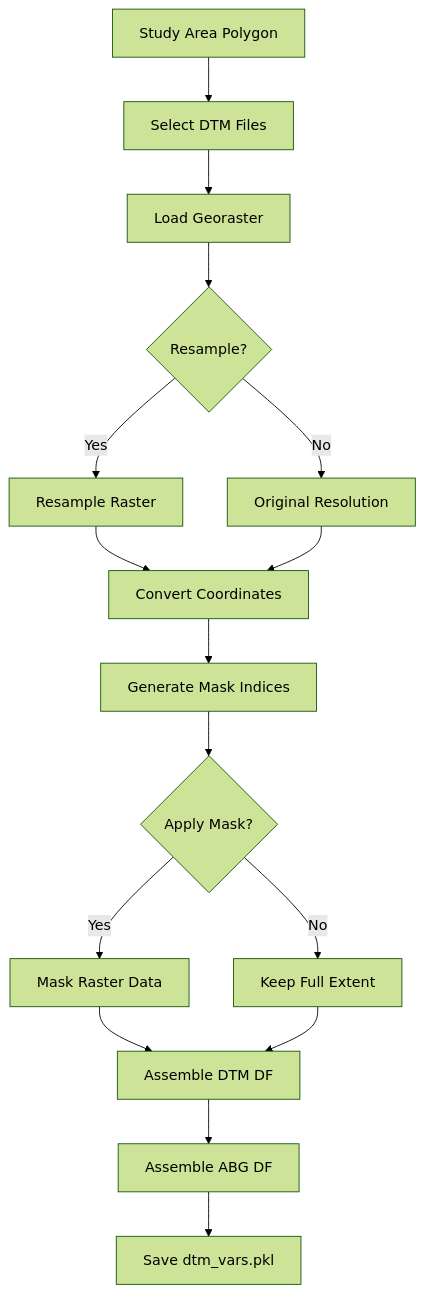
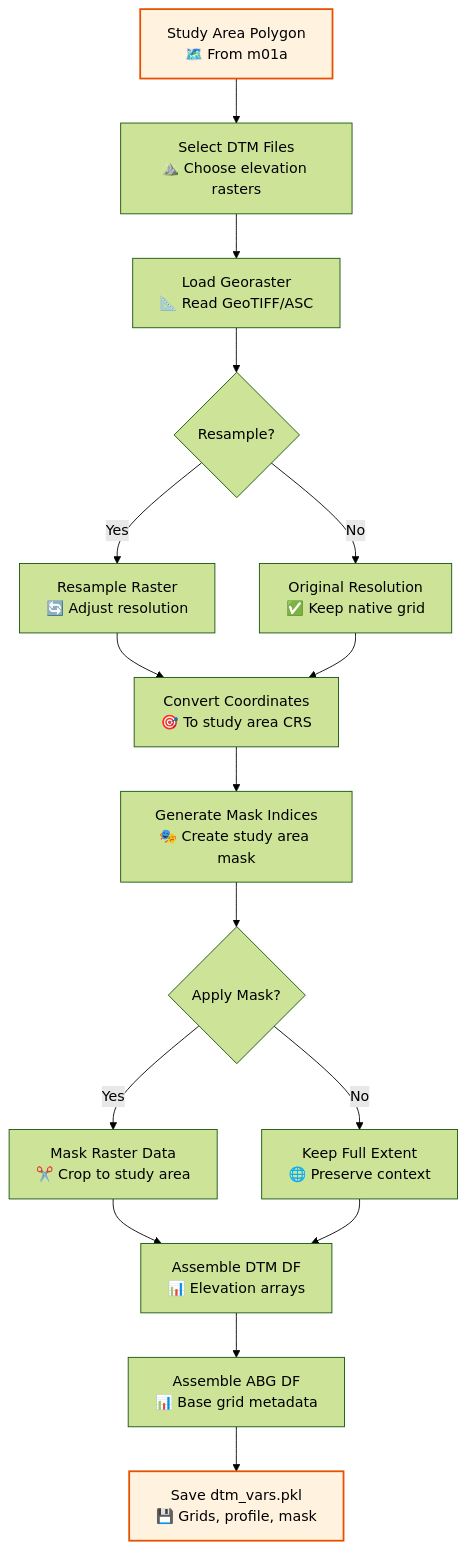
Before and after one commit to sasa-misia/P-SLIP: the diagram in docs/scripts/mains/m03a_dtm_base_grid.md, drawn with Mermaid (forest theme). The commit also changed 15 other files, not shown here.

Commit message:
docs: enhance documentation with detailed flowcharts and improve clarity in process descriptions

````diff
--- a/docs/scripts/mains/m03a_dtm_base_grid.md
+++ b/docs/scripts/mains/m03a_dtm_base_grid.md
@@ -277,18 +277,23 @@
 ```mermaid
 graph TD
-    A[Study Area Polygon] --> B[Select DTM Files]
-    B --> C[Load Georaster]
+    %% DTM Processing Flow
+    A["Study Area Polygon<br/>🗺️ From m01a"] --> B["Select DTM Files<br/>⛰️ Choose elevation rasters"]
+    B --> C["Load Georaster<br/>📐 Read GeoTIFF/ASC"]
     C --> D{Resample?}
-    D -->|Yes| E[Resample Raster]
-    D -->|No| F[Original Resolution]
-    E --> G[Convert Coordinates]
+    D -->|Yes| E["Resample Raster<br/>🔄 Adjust resolution"]
+    D -->|No| F["Original Resolution<br/>✅ Keep native grid"]
+    E --> G["Convert Coordinates<br/>🎯 To study area CRS"]
     F --> G
-    G --> H[Generate Mask Indices]
+    G --> H["Generate Mask Indices<br/>🎭 Create study area mask"]
     H --> I{Apply Mask?}
-    I -->|Yes| J[Mask Raster Data]
-    I -->|No| K[Keep Full Extent]
-    J --> L[Assemble DTM DF]
+    I -->|Yes| J["Mask Raster Data<br/>✂️ Crop to study area"]
+    I -->|No| K["Keep Full Extent<br/>🌐 Preserve context"]
+    J --> L["Assemble DTM DF<br/>📊 Elevation arrays"]
     K --> L
-    L --> M[Assemble ABG DF]
-    M --> N[Save dtm_vars.pkl]
+    L --> M["Assemble ABG DF<br/>📊 Base grid metadata"]
+    M --> N["Save dtm_vars.pkl<br/>💾 Grids, profile, mask"]
+    
+    %% Styling
+    style A fill:#fff3e0,stroke:#e65100,stroke-width:2px
+    style N fill:#fff3e0,stroke:#e65100,stroke-width:2px
 ```
````
